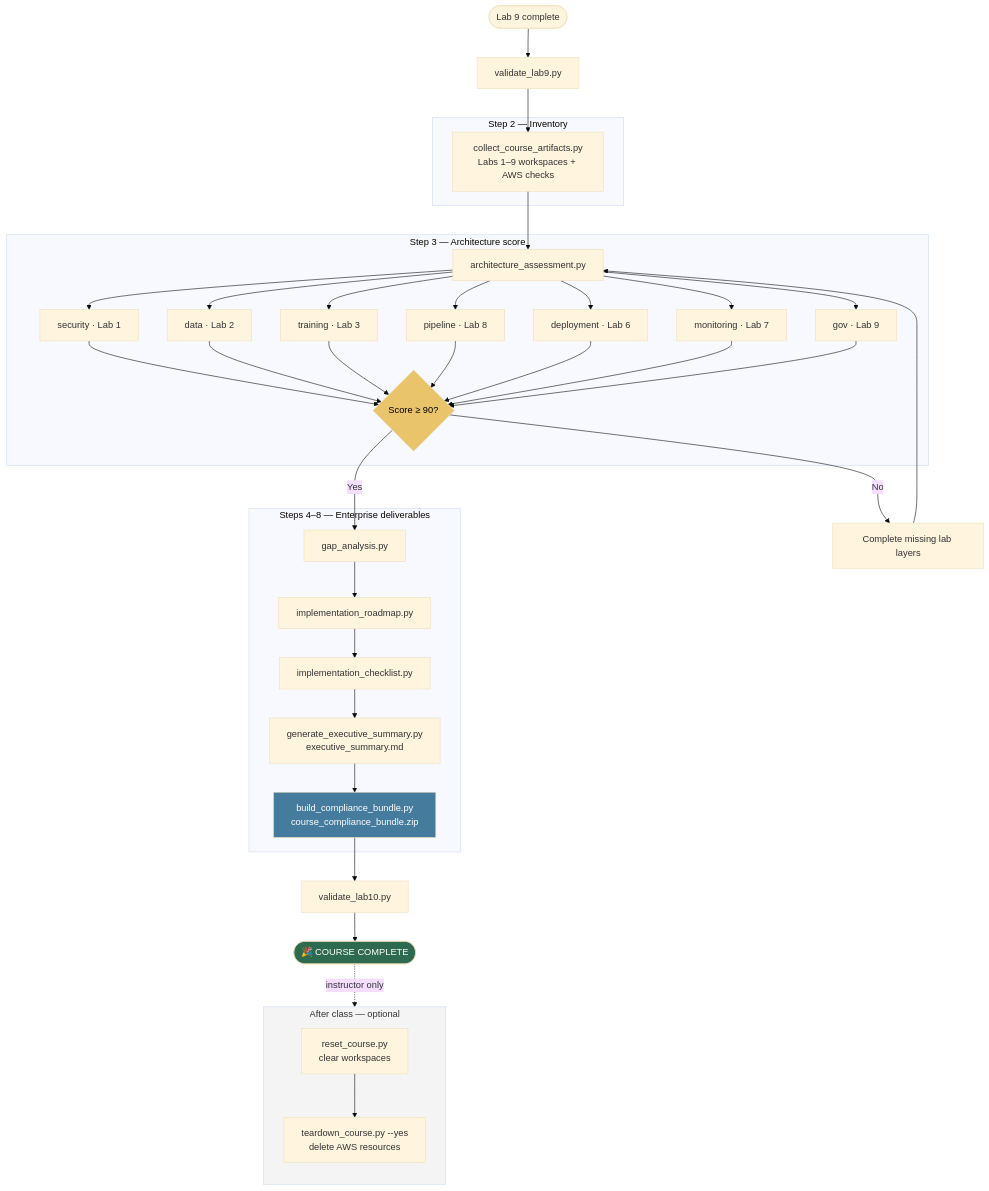
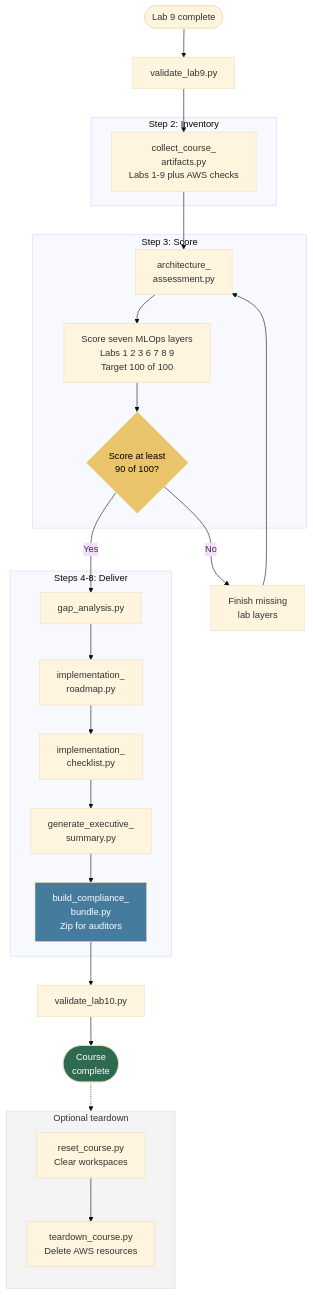
Before and after one commit to Innovation-In-Software/ai-infra-mlops: the diagram in lab10/README.md, drawn with Mermaid (base theme). The commit also changed 10 other files, not shown here.

Commit message:
Fix lab flowcharts: multiline quoted labels to prevent text truncation.

````diff
--- a/lab10/README.md
+++ b/lab10/README.md
@@ -45,53 +45,46 @@
 ```mermaid
 flowchart TB
-    START([Lab 9 complete]) --> V9[validate_lab9.py]
+    START(["Lab 9 complete"]) --> V9["validate_lab9.py"]
 
-    subgraph Collect["Step 2 — Inventory"]
-        COL[collect_course_artifacts.py<br/>Labs 1–9 workspaces + AWS checks]
+    subgraph Collect["Step 2: Inventory"]
+        COL["collect_course_<br/>artifacts.py<br/>Labs 1-9 plus AWS checks"]
     end
 
-    subgraph Assess["Step 3 — Architecture score"]
-        ARC[architecture_assessment.py]
-        L1[security · Lab 1]
-        L2[data · Lab 2]
-        L3[training · Lab 3]
-        L8[pipeline · Lab 8]
-        L6[deployment · Lab 6]
-        L7[monitoring · Lab 7]
-        L9[gov · Lab 9]
-        ARC --> L1 & L2 & L3 & L8 & L6 & L7 & L9
-        SCORE{Score ≥ 90?}
-        L1 & L2 & L3 & L8 & L6 & L7 & L9 --> SCORE
+    subgraph Assess["Step 3: Score"]
+        ARC["architecture_<br/>assessment.py"]
+        LAYERS["Score seven MLOps layers<br/>Labs 1 2 3 6 7 8 9<br/>Target 100 of 100"]
+        SCORE{"Score at least<br/>90 of 100?"}
+        ARC --> LAYERS --> SCORE
     end
 
-    subgraph Deliver["Steps 4–8 — Enterprise deliverables"]
-        GAP[gap_analysis.py]
-        ROAD[implementation_roadmap.py]
-        CHK[implementation_checklist.py]
-        SUM[generate_executive_summary.py<br/>executive_summary.md]
-        BUN[build_compliance_bundle.py<br/>course_compliance_bundle.zip]
+    subgraph Deliver["Steps 4-8: Deliver"]
+        GAP["gap_analysis.py"]
+        ROAD["implementation_<br/>roadmap.py"]
+        CHK["implementation_<br/>checklist.py"]
+        SUM["generate_executive_<br/>summary.py"]
+        BUN["build_compliance_<br/>bundle.py<br/>Zip for auditors"]
         GAP --> ROAD --> CHK --> SUM --> BUN
     end
 
-    VAL[validate_lab10.py] --> DONE([🎉 COURSE COMPLETE])
+    VAL["validate_lab10.py"] --> DONE(["Course<br/>complete"])
 
     V9 --> COL --> ARC
     SCORE -->|Yes| GAP
-    SCORE -->|No| FIX[Complete missing lab layers]
+    SCORE -->|No| FIX["Finish missing<br/>lab layers"]
     FIX --> ARC
     BUN --> VAL
 
-    subgraph Optional["After class — optional"]
+    subgraph Optional["Optional teardown"]
         direction TB
-        RST[reset_course.py<br/>clear workspaces]
-        TD[teardown_course.py --yes<br/>delete AWS resources]
+        RST["reset_course.py<br/>Clear workspaces"]
+        TD["teardown_course.py<br/>Delete AWS resources"]
         RST --> TD
     end
 
-    DONE -.->|instructor only| RST
+    DONE -.-> RST
 
     style DONE fill:#2d6a4f,color:#fff
     style SCORE fill:#e9c46a,color:#000
     style BUN fill:#457b9d,color:#fff
     style Optional fill:#f4f4f4,color:#333
 ```
````
